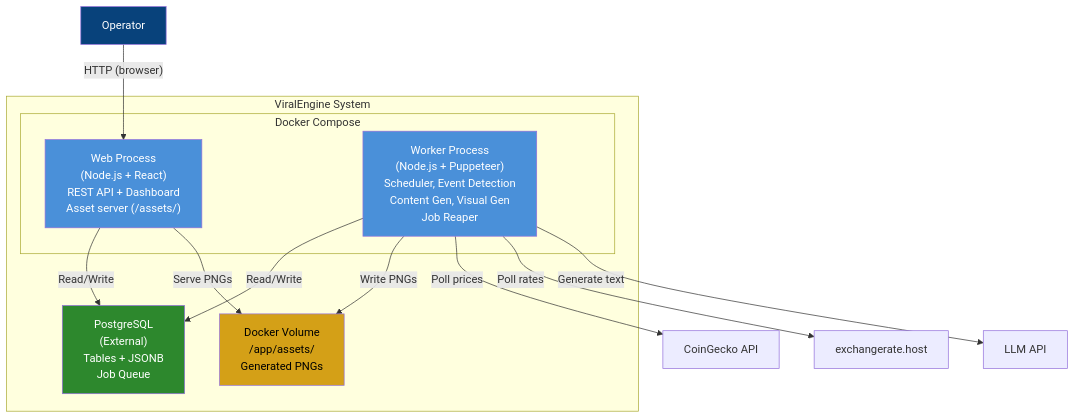
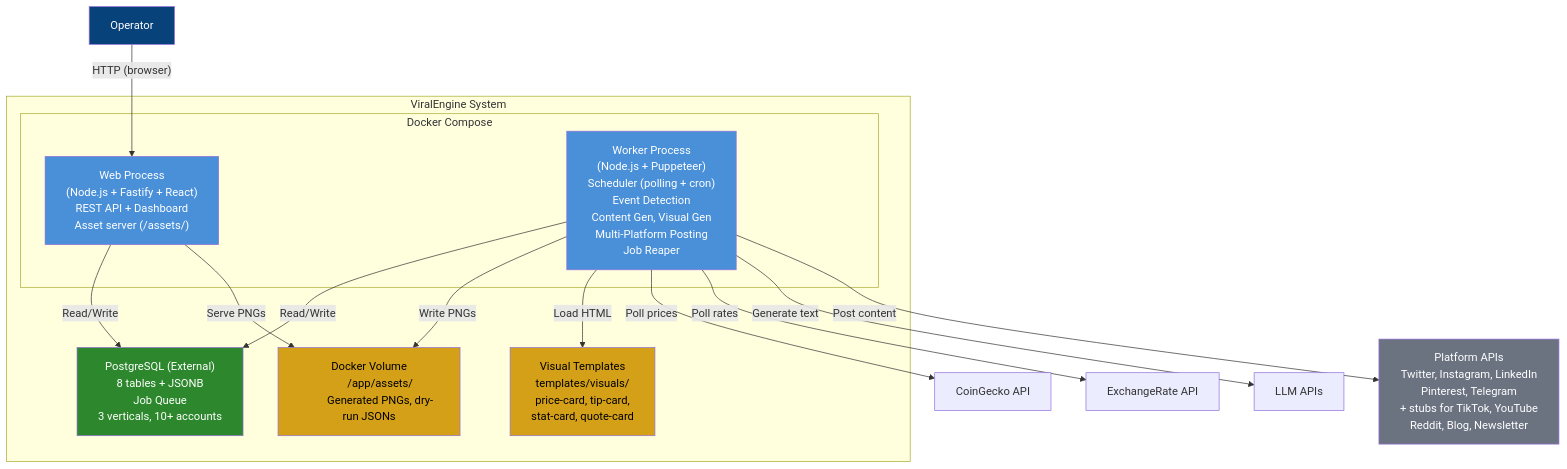
One commit to uakdemir/viral-pump changed the diagram in docs/architecture/c4/c2-container.md. Above: the diagram before and after it, drawn with Mermaid. The commit also changed 34 other files, not shown here.

First line of the commit message:
feat: Multi-Platform Posting (Sub-project #4)

````diff
--- a/docs/architecture/c4/c2-container.md
+++ b/docs/architecture/c4/c2-container.md
@@ -3,42 +3,57 @@
 ```mermaid
 graph TB
     subgraph "ViralEngine System"
         subgraph "Docker Compose"
             Web["Web Process
-            (Node.js + React)
+            (Node.js + Fastify + React)
             REST API + Dashboard
             Asset server (/assets/)"]
 
             Worker["Worker Process
             (Node.js + Puppeteer)
-            Scheduler, Event Detection
+            Scheduler (polling + cron)
+            Event Detection
             Content Gen, Visual Gen
+            Multi-Platform Posting
             Job Reaper"]
         end
 
         Volume["Docker Volume
         /app/assets/
-        Generated PNGs"]
+        Generated PNGs, dry-run JSONs"]
 
-        DB["PostgreSQL
-        (External)
-        Tables + JSONB
-        Job Queue"]
+        Templates["Visual Templates
+        templates/visuals/
+        price-card, tip-card,
+        stat-card, quote-card"]
+
+        DB["PostgreSQL (External)
+        8 tables + JSONB
+        Job Queue
+        3 verticals, 10+ accounts"]
     end
 
     User["Operator"] -->|"HTTP (browser)"| Web
     Web -->|"Read/Write"| DB
     Worker -->|"Read/Write"| DB
     Worker -->|"Write PNGs"| Volume
     Web -->|"Serve PNGs"| Volume
+    Worker -->|"Load HTML"| Templates
 
     Worker -->|"Poll prices"| CG["CoinGecko API"]
-    Worker -->|"Poll rates"| ER["exchangerate.host"]
-    Worker -->|"Generate text"| LLM["LLM API"]
+    Worker -->|"Poll rates"| ER["ExchangeRate API"]
+    Worker -->|"Generate text"| LLM["LLM APIs"]
+    Worker -->|"Post content"| Platforms["Platform APIs
+    Twitter, Instagram, LinkedIn
+    Pinterest, Telegram
+    + stubs for TikTok, YouTube
+    Reddit, Blog, Newsletter"]
 
     style Web fill:#4a90d9,color:#fff
     style Worker fill:#4a90d9,color:#fff
     style DB fill:#2d882d,color:#fff
     style Volume fill:#d4a017,color:#000
+    style Templates fill:#d4a017,color:#000
     style User fill:#08427b,color:#fff
+    style Platforms fill:#6b7280,color:#fff
 ```
````
